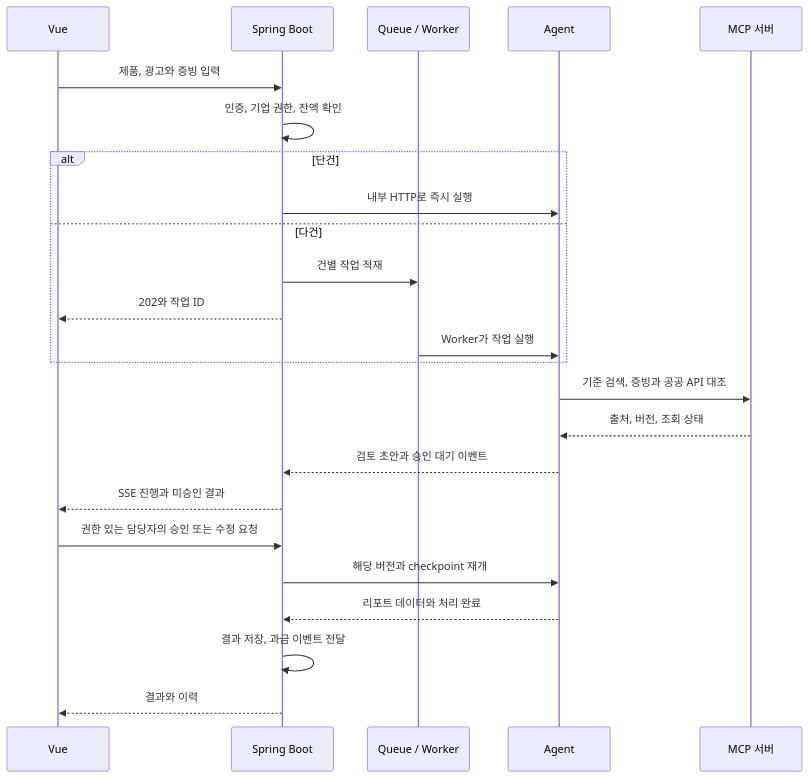
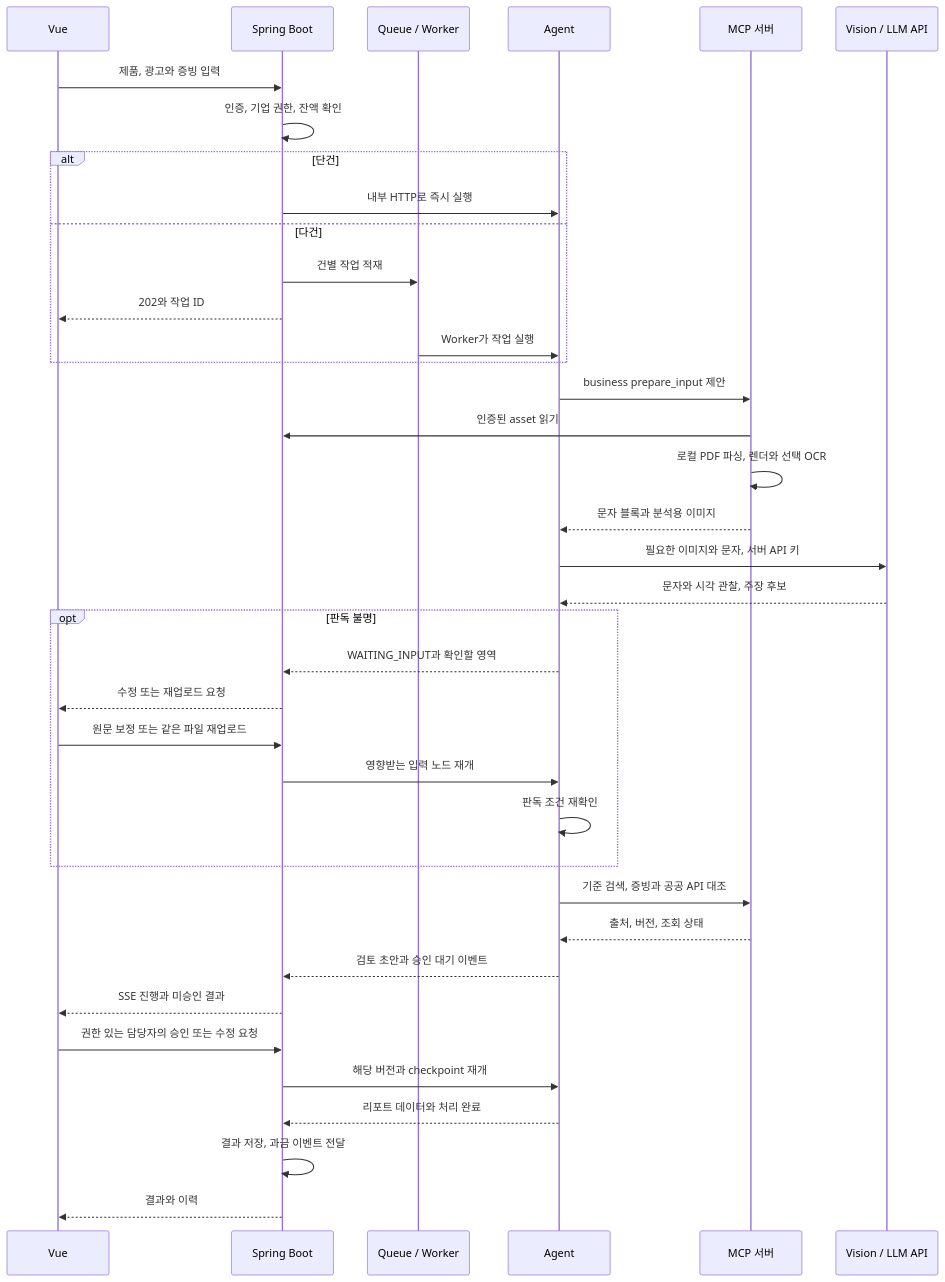
The second of 2 diagrams in docs/01-architecture.md (SKALA-AI-Agent-Capstone/backend), drawn with Mermaid before and after one commit. The commit also changed other lines of this file and 12 other files, not shown here.

Commit message:
docs(flow): specify input processing and team development workflow

```diff
--- a/docs/01-architecture.md
+++ b/docs/01-architecture.md
@@ -86,26 +111,40 @@
 ~~~mermaid
 sequenceDiagram
   participant U as Vue
   participant B as Spring Boot
   participant Q as Queue / Worker
   participant A as Agent
   participant M as MCP 서버
+  participant L as Vision / LLM API
   U->>B: 제품, 광고와 증빙 입력
   B->>B: 인증, 기업 권한, 잔액 확인
   alt 단건
     B->>A: 내부 HTTP로 즉시 실행
   else 다건
     B->>Q: 건별 작업 적재
     B-->>U: 202와 작업 ID
     Q->>A: Worker가 작업 실행
+  end
+  A->>M: business prepare_input 제안
+  M->>B: 인증된 asset 읽기
+  M->>M: 로컬 PDF 파싱, 렌더와 선택 OCR
+  M-->>A: 문자 블록과 분석용 이미지
+  A->>L: 필요한 이미지와 문자, 서버 API 키
+  L-->>A: 문자와 시각 관찰, 주장 후보
+  opt 판독 불명
+    A-->>B: WAITING_INPUT과 확인할 영역
+    B-->>U: 수정 또는 재업로드 요청
+    U->>B: 원문 보정 또는 같은 파일 재업로드
+    B->>A: 영향받는 입력 노드 재개
+    A->>A: 판독 조건 재확인
   end
   A->>M: 기준 검색, 증빙과 공공 API 대조
   M-->>A: 출처, 버전, 조회 상태
   A-->>B: 검토 초안과 승인 대기 이벤트
   B-->>U: SSE 진행과 미승인 결과
   U->>B: 권한 있는 담당자의 승인 또는 수정 요청
   B->>A: 해당 버전과 checkpoint 재개
   A-->>B: 리포트 데이터와 처리 완료
   B->>B: 결과 저장, 과금 이벤트 전달
   B-->>U: 결과와 이력
 ~~~
```
